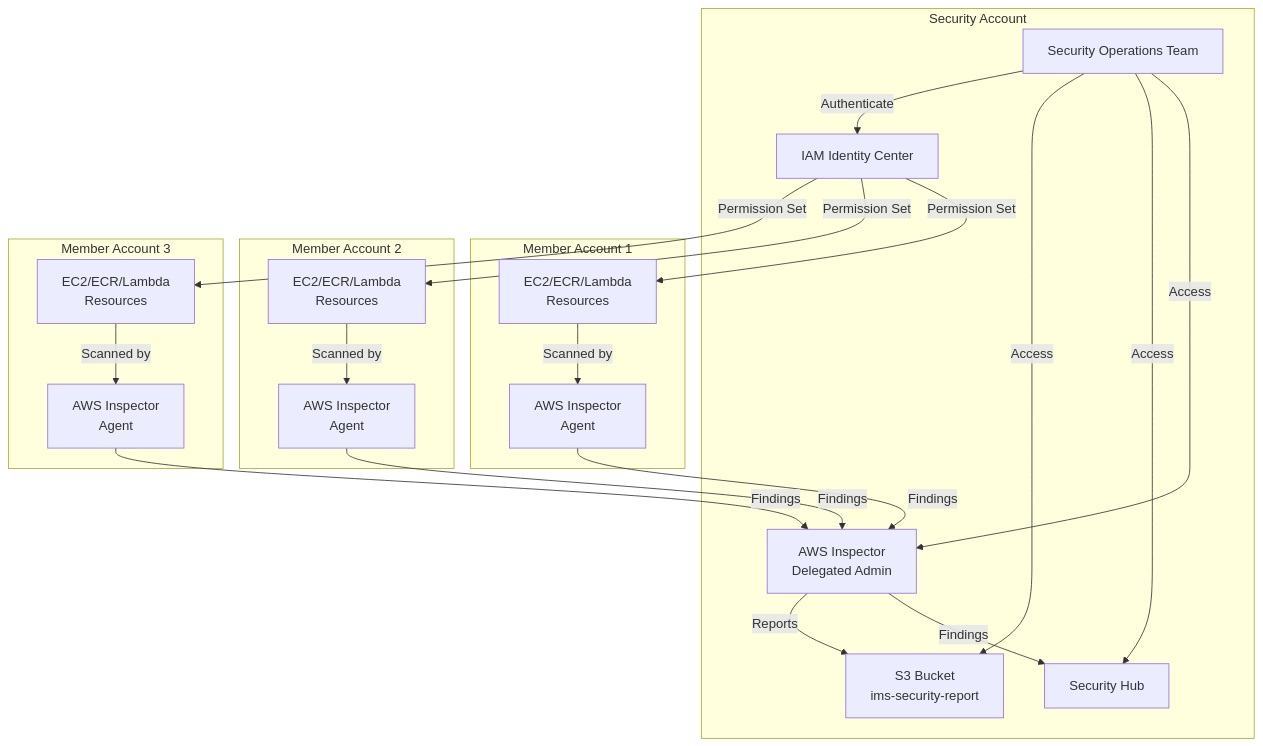
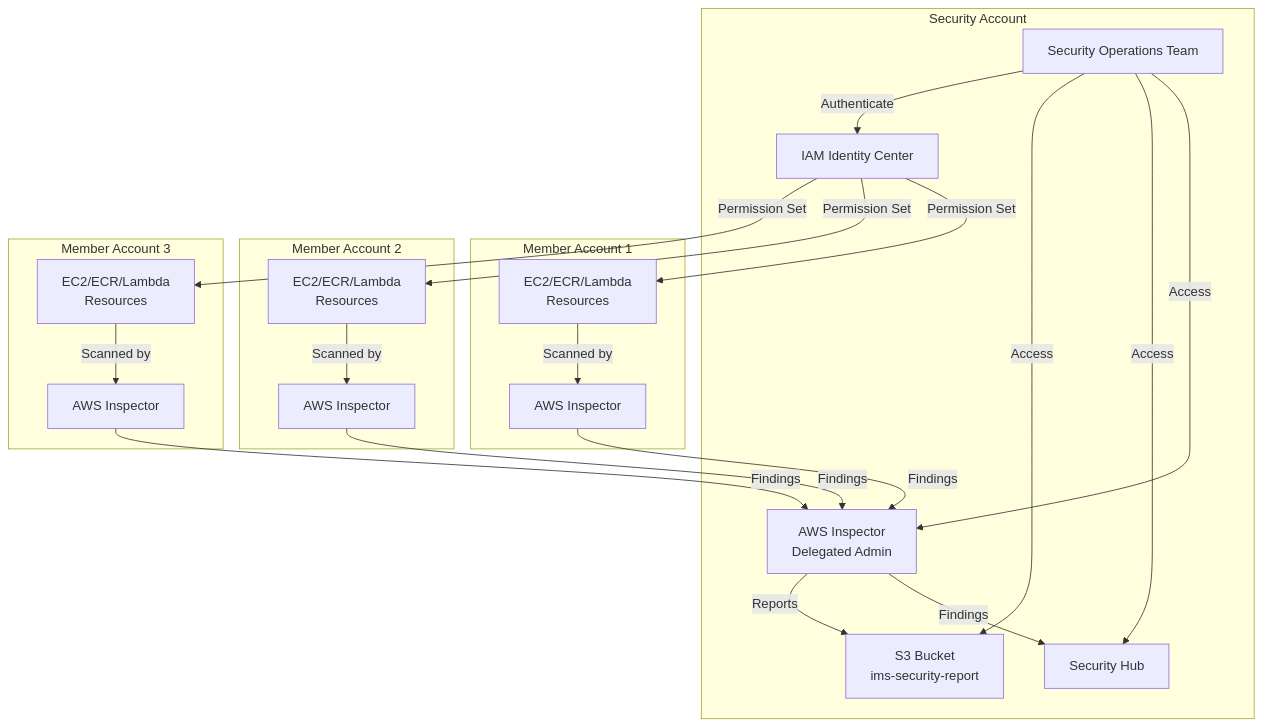
Before and after one commit to hugger-beep/inspector: the diagram in README.md, drawn with Mermaid.

````diff
--- a/README.md
+++ b/README.md
@@ -5,44 +5,44 @@
 ```mermaid
 flowchart TD
     subgraph "Security Account"
         Inspector[AWS Inspector<br>Delegated Admin]
         SecurityHub[Security Hub]
         S3[S3 Bucket<br>ims-security-report]
         SecOps[Security Operations Team]
         IAMIdentityCenter[IAM Identity Center]
         
         Inspector -->|Findings| SecurityHub
         Inspector -->|Reports| S3
         SecOps -->|Access| Inspector
         SecOps -->|Access| SecurityHub
         SecOps -->|Access| S3
         SecOps -->|Authenticate| IAMIdentityCenter
     end
     
     subgraph "Member Account 1"
-        Inspector1[AWS Inspector<br>Agent]
+        Inspector1[AWS Inspector]
         Resources1[EC2/ECR/Lambda<br>Resources]
         
         Resources1 -->|Scanned by| Inspector1
         Inspector1 -->|Findings| Inspector
         IAMIdentityCenter -->|Permission Set| Resources1
     end
     
     subgraph "Member Account 2"
-        Inspector2[AWS Inspector<br>Agent]
+        Inspector2[AWS Inspector]
         Resources2[EC2/ECR/Lambda<br>Resources]
         
         Resources2 -->|Scanned by| Inspector2
         Inspector2 -->|Findings| Inspector
         IAMIdentityCenter -->|Permission Set| Resources2
     end
     
     subgraph "Member Account 3"
-        Inspector3[AWS Inspector<br>Agent]
+        Inspector3[AWS Inspector]
         Resources3[EC2/ECR/Lambda<br>Resources]
         
         Resources3 -->|Scanned by| Inspector3
         Inspector3 -->|Findings| Inspector
         IAMIdentityCenter -->|Permission Set| Resources3
     end
 ```
````
